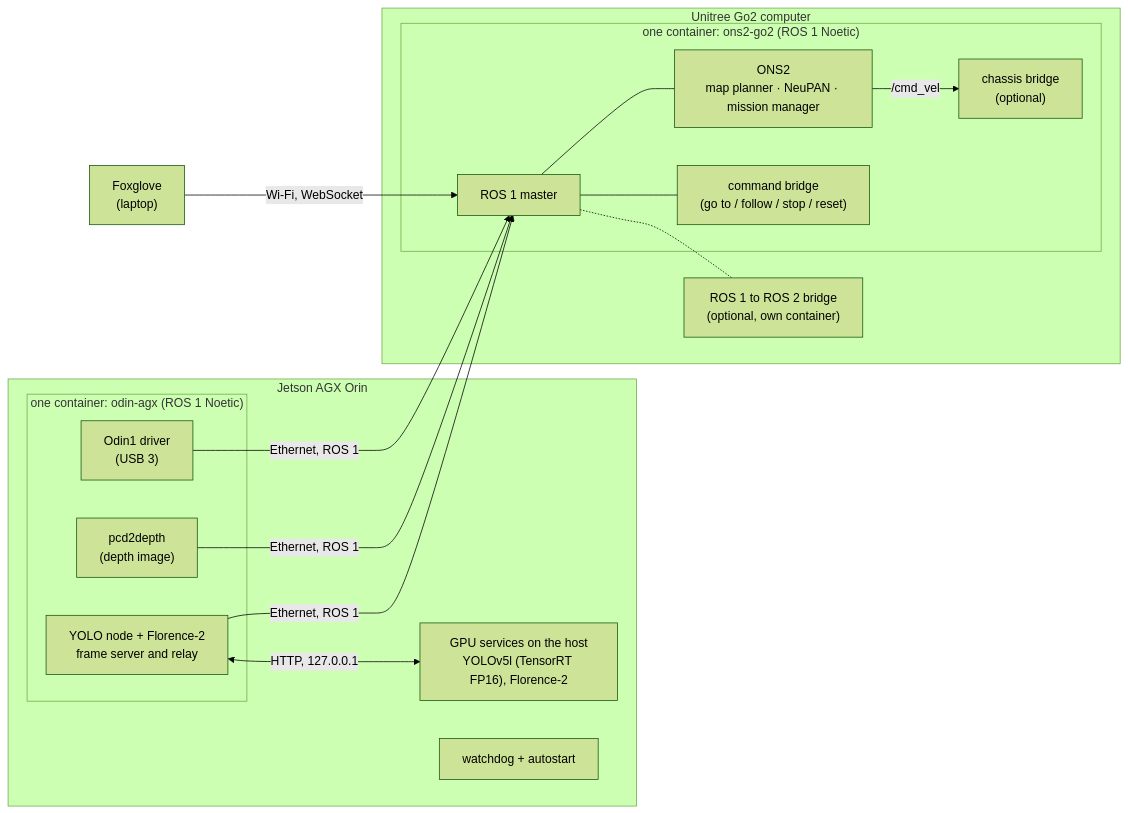
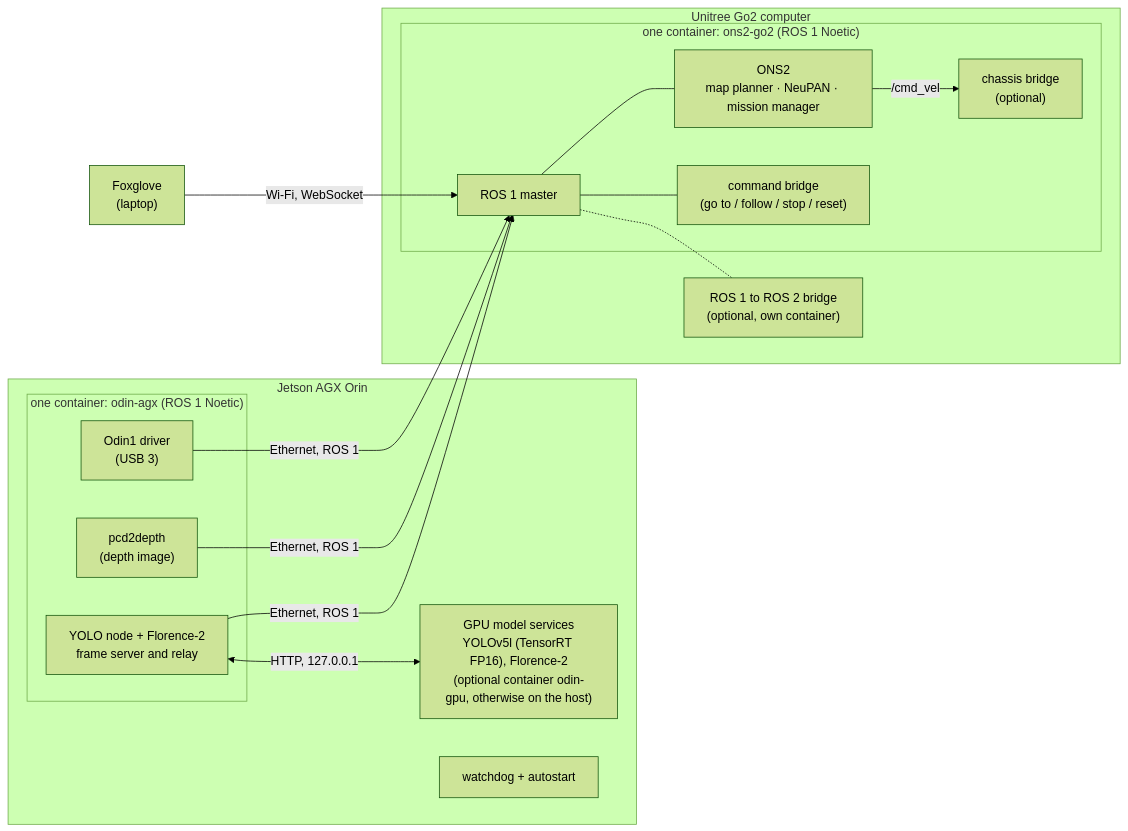
Before and after one commit to datamentors/Odin-Nav-Stack2: the diagram in go2_agx/README.md, drawn with Mermaid (forest theme). The commit also changed other lines of this file, not shown here.

Commit message:
README: optional odin-gpu container

````diff
--- a/go2_agx/README.md
+++ b/go2_agx/README.md
@@ -15,28 +15,28 @@
 ```mermaid
 flowchart LR
   subgraph AGX["Jetson AGX Orin"]
     subgraph AC["one container: odin-agx (ROS 1 Noetic)"]
       O1["Odin1 driver<br/>(USB 3)"]
       D["pcd2depth<br/>(depth image)"]
       Y["YOLO node + Florence-2<br/>frame server and relay"]
     end
-    G["GPU services on the host<br/>YOLOv5l (TensorRT FP16), Florence-2"]
+    G["GPU model services<br/>YOLOv5l (TensorRT FP16), Florence-2<br/>(optional container odin-gpu, otherwise on the host)"]
     W["watchdog + autostart"]
     Y <-- "HTTP, 127.0.0.1" --> G
   end
   subgraph GO2["Unitree Go2 computer"]
     subgraph GC["one container: ons2-go2 (ROS 1 Noetic)"]
       M["ROS 1 master"]
       N["ONS2<br/>map planner · NeuPAN · mission manager"]
       B["command bridge<br/>(go to / follow / stop / reset)"]
       C["chassis bridge<br/>(optional)"]
     end
     RB["ROS 1 to ROS 2 bridge<br/>(optional, own container)"]
     M -.- RB
   end
   FG["Foxglove<br/>(laptop)"]
   O1 & D & Y -- "Ethernet, ROS 1" --> M
   M --- N & B
   N -- "/cmd_vel" --> C
   FG -- "Wi-Fi, WebSocket" --> M
 ```
````
